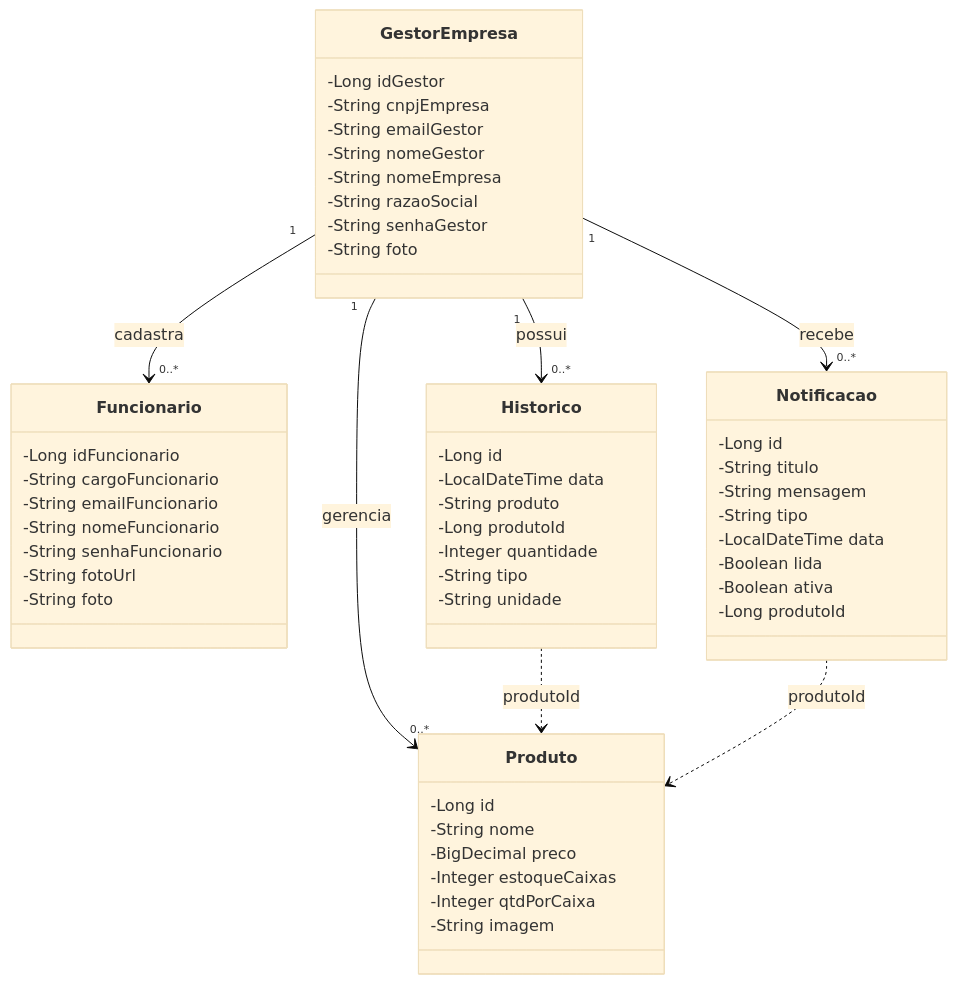
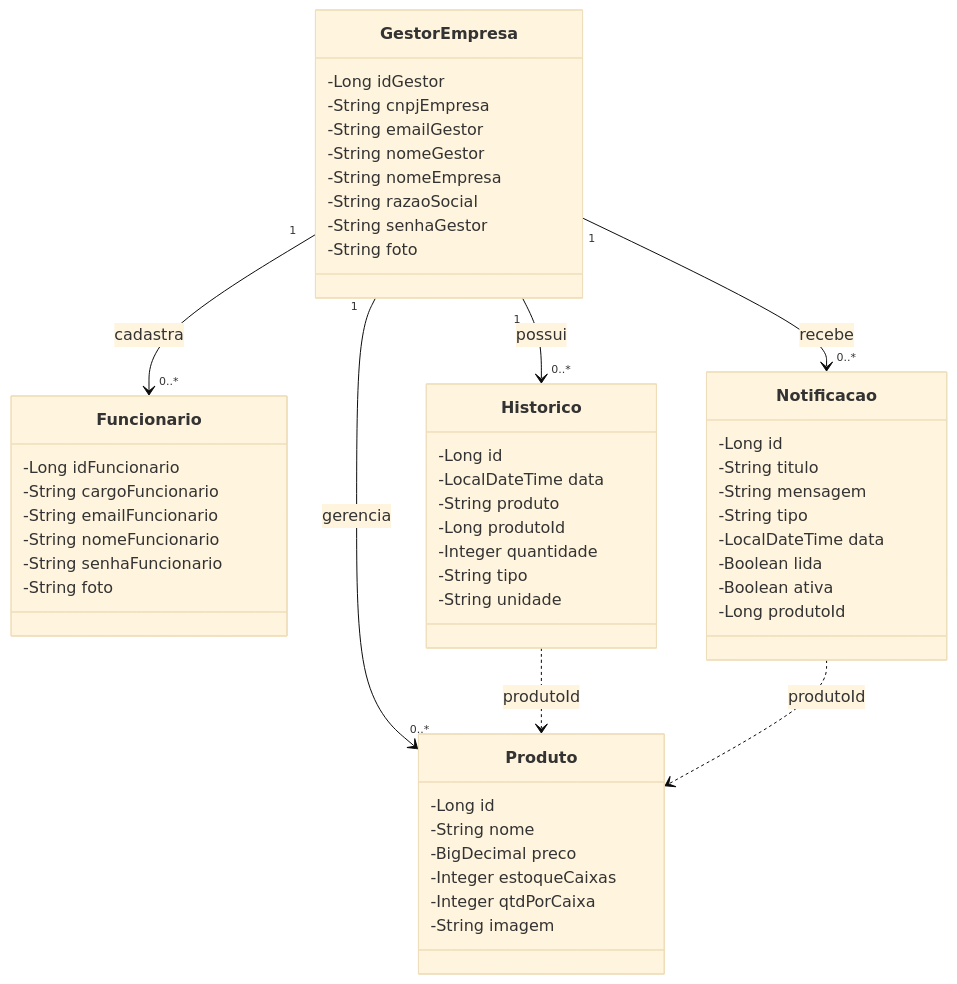
Before and after one commit to AGIL-PI-FATEC/documentacao: the diagram in diagrama-de-classes.md, drawn with Mermaid (base theme).

````diff
--- a/diagrama-de-classes.md
+++ b/diagrama-de-classes.md
@@ -7,60 +7,59 @@
 ```mermaid
 classDiagram
     class GestorEmpresa {
         -Long idGestor
         -String cnpjEmpresa
         -String emailGestor
         -String nomeGestor
         -String nomeEmpresa
         -String razaoSocial
         -String senhaGestor
         -String foto
     }
 
     class Funcionario {
         -Long idFuncionario
         -String cargoFuncionario
         -String emailFuncionario
         -String nomeFuncionario
         -String senhaFuncionario
-        -String fotoUrl
         -String foto
     }
 
     class Produto {
         -Long id
         -String nome
         -BigDecimal preco
         -Integer estoqueCaixas
         -Integer qtdPorCaixa
         -String imagem
     }
 
     class Historico {
         -Long id
         -LocalDateTime data
         -String produto
         -Long produtoId
         -Integer quantidade
         -String tipo
         -String unidade
     }
 
     class Notificacao {
         -Long id
         -String titulo
         -String mensagem
         -String tipo
         -LocalDateTime data
         -Boolean lida
         -Boolean ativa
         -Long produtoId
     }
 
     GestorEmpresa "1" --> "0..*" Funcionario : cadastra
     GestorEmpresa "1" --> "0..*" Produto : gerencia
     GestorEmpresa "1" --> "0..*" Historico : possui
     GestorEmpresa "1" --> "0..*" Notificacao : recebe
     Historico ..> Produto : produtoId
     Notificacao ..> Produto : produtoId
 ```
````
